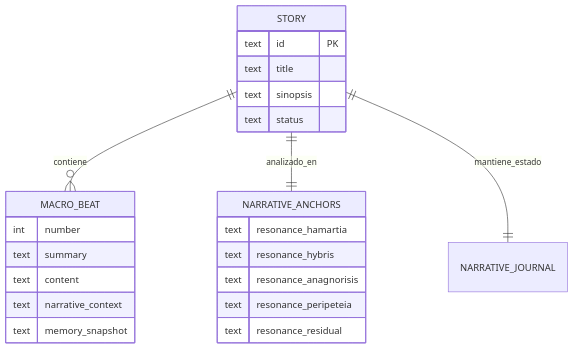
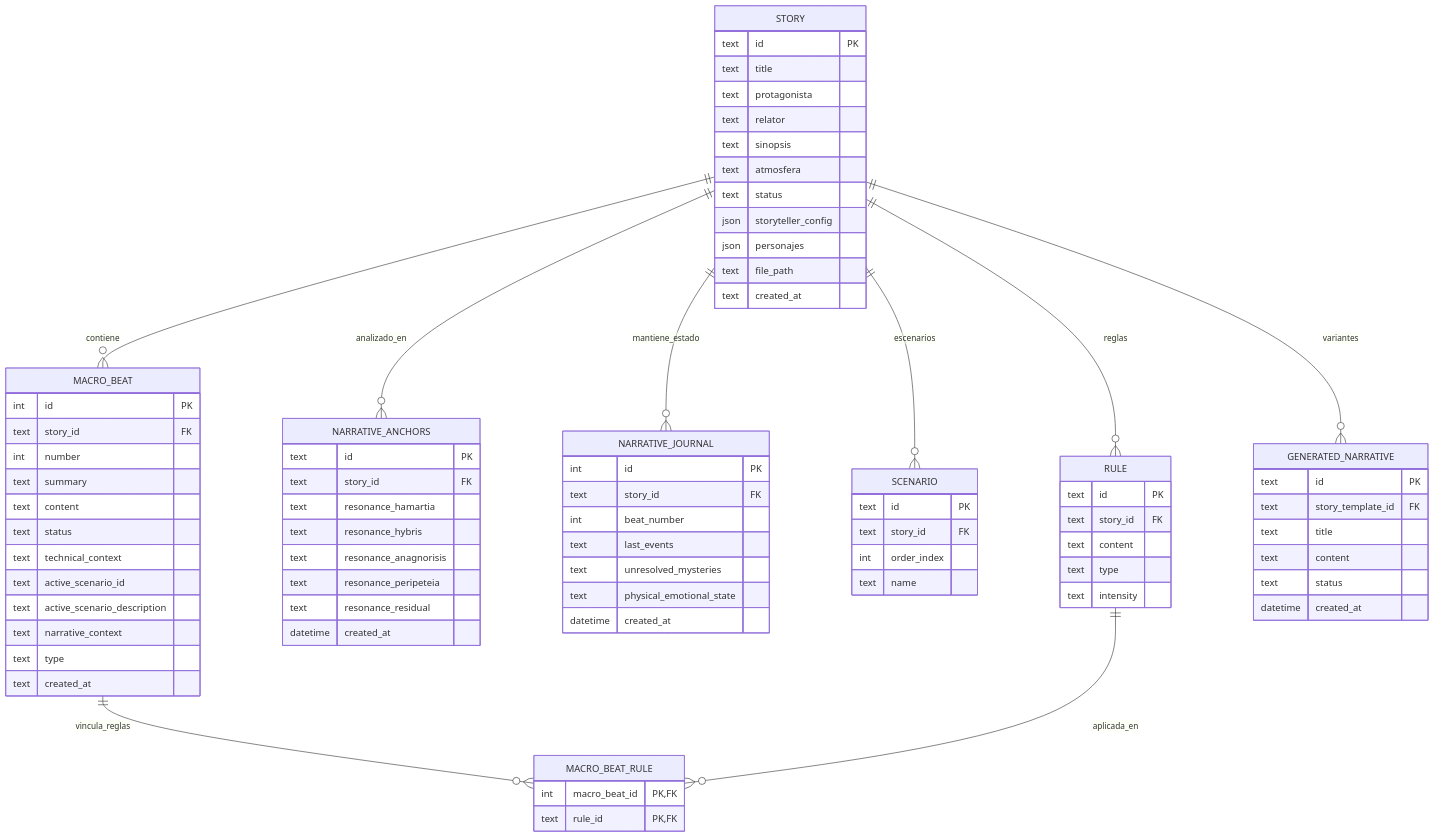
The third of 3 diagrams in docs/estandar_diseno_architectural.md (rledesma912/automated_narrative), drawn with Mermaid before and after one commit. The commit also changed other lines of this file and 100 other files, not shown here.

````diff
--- a/docs/estandar_diseno_architectural.md
+++ b/docs/estandar_diseno_architectural.md
@@ -79,29 +209,90 @@
 ```mermaid
 erDiagram
     STORY ||--o{ MACRO_BEAT : contiene
-    STORY ||--|| NARRATIVE_ANCHORS : analizado_en
-    STORY ||--|| NARRATIVE_JOURNAL : mantiene_estado
+    STORY ||--o{ NARRATIVE_ANCHORS : analizado_en
+    STORY ||--o{ NARRATIVE_JOURNAL : mantiene_estado
+    STORY ||--o{ SCENARIO : escenarios
+    STORY ||--o{ RULE : reglas
+    STORY ||--o{ GENERATED_NARRATIVE : variantes
+    MACRO_BEAT ||--o{ MACRO_BEAT_RULE : vincula_reglas
+    RULE ||--o{ MACRO_BEAT_RULE : aplicada_en
 
     STORY {
         text id PK
         text title
+        text protagonista
+        text relator
         text sinopsis
+        text atmosfera
         text status
+        json storyteller_config
+        json personajes
+        text file_path
+        text created_at
     }
 
     NARRATIVE_ANCHORS {
+        text id PK
+        text story_id FK
         text resonance_hamartia
         text resonance_hybris
         text resonance_anagnorisis
         text resonance_peripeteia
         text resonance_residual
+        datetime created_at
+    }
+
+    NARRATIVE_JOURNAL {
+        int id PK
+        text story_id FK
+        int beat_number
+        text last_events
+        text unresolved_mysteries
+        text physical_emotional_state
+        datetime created_at
     }
 
     MACRO_BEAT {
+        int id PK
+        text story_id FK
         int number
         text summary
         text content
+        text status
+        text technical_context
+        text active_scenario_id
+        text active_scenario_description
         text narrative_context
-        text memory_snapshot
+        text type
+        text created_at
+    }
+
+    MACRO_BEAT_RULE {
+        int macro_beat_id PK, FK
+        text rule_id PK, FK
+    }
+
+    SCENARIO {
+        text id PK
+        text story_id FK
+        int order_index
+        text name
+    }
+
+    RULE {
+        text id PK
+        text story_id FK
+        text content
+        text type
+        text intensity
+    }
+
+    GENERATED_NARRATIVE {
+        text id PK
+        text story_template_id FK
+        text title
+        text content
+        text status
+        datetime created_at
     }
 ```
````
